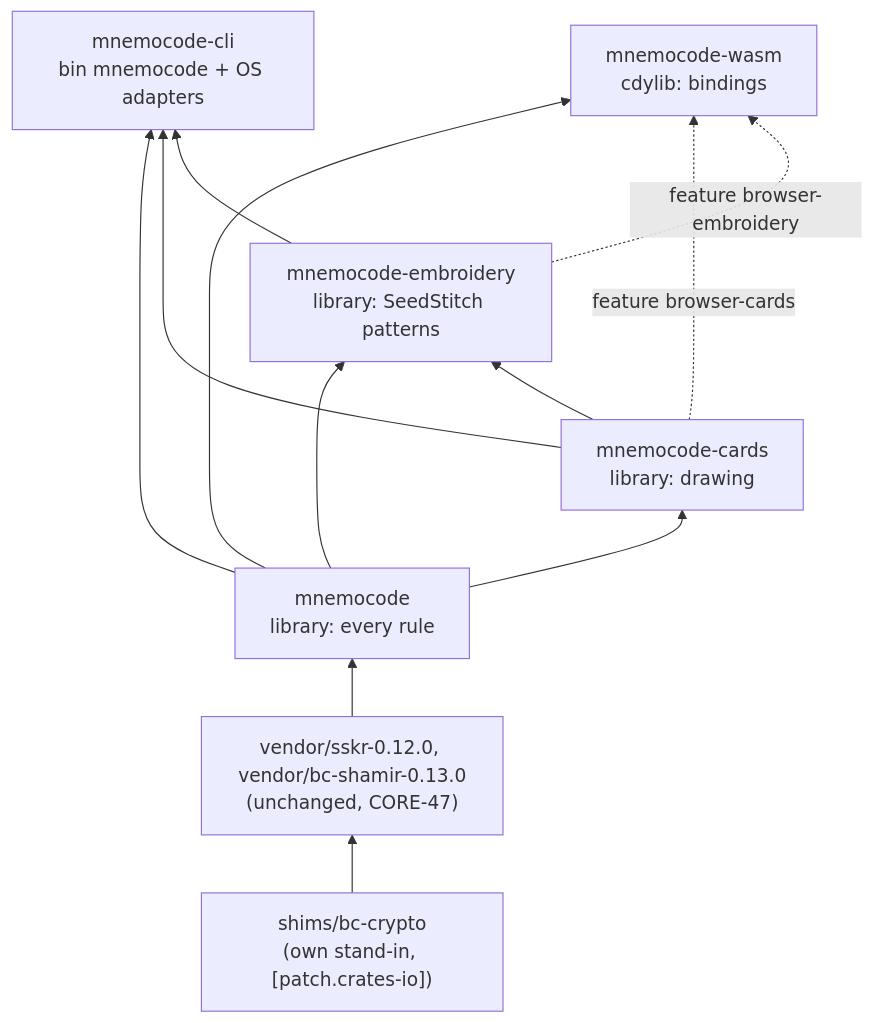
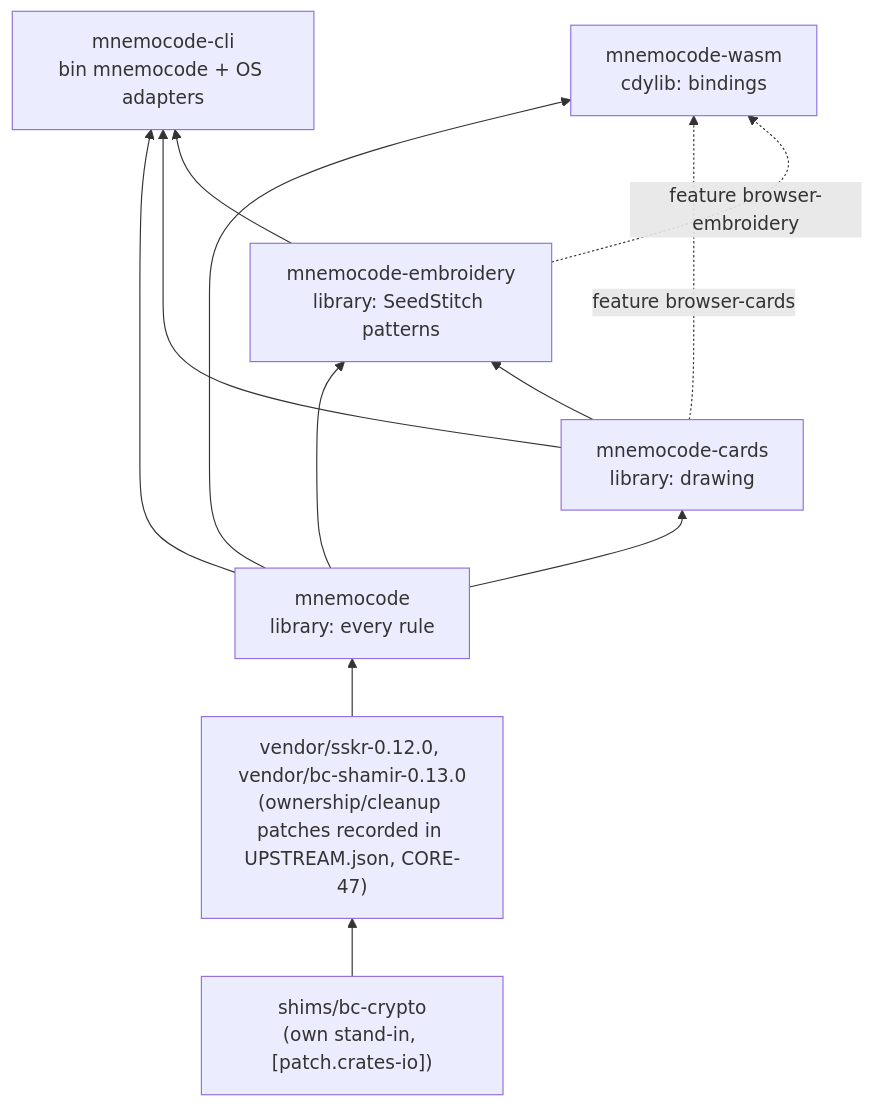
Before and after one commit to hobby-eng/mnemocode: the second of 3 diagrams in docs/design/architect/ARCHITECTURE.md, drawn with Mermaid. The commit also changed other lines of this file and 168 other files, not shown here.

````diff
--- a/docs/design/architect/ARCHITECTURE.md
+++ b/docs/design/architect/ARCHITECTURE.md
@@ -46,19 +46,19 @@
 ```mermaid
 flowchart BT
   shim["shims/bc-crypto<br/>(own stand-in, [patch.crates-io])"]
-  vendor["vendor/sskr-0.12.0, vendor/bc-shamir-0.13.0<br/>(unchanged, CORE-47)"]
+  vendor["vendor/sskr-0.12.0, vendor/bc-shamir-0.13.0<br/>(ownership/cleanup patches recorded in UPSTREAM.json, CORE-47)"]
   lib["mnemocode<br/>library: every rule"]
   cards["mnemocode-cards<br/>library: drawing"]
   stitch["mnemocode-embroidery<br/>library: SeedStitch patterns"]
   cli["mnemocode-cli<br/>bin mnemocode + OS adapters"]
   wasm["mnemocode-wasm<br/>cdylib: bindings"]
   shim --> vendor --> lib --> cards
   lib --> stitch
   cards --> stitch
   lib --> cli
   cards --> cli
   stitch --> cli
   lib --> wasm
   cards -. feature browser-cards .-> wasm
   stitch -. feature browser-embroidery .-> wasm
 ```
````
